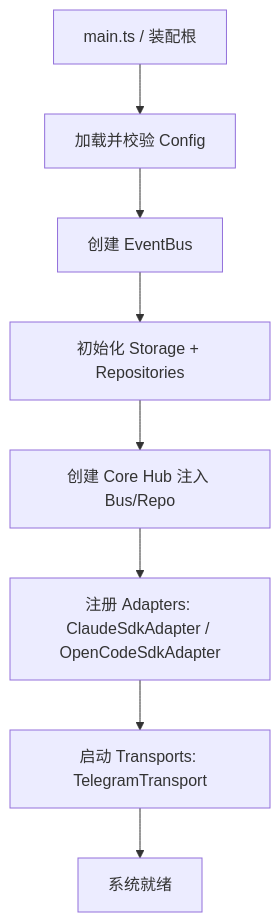
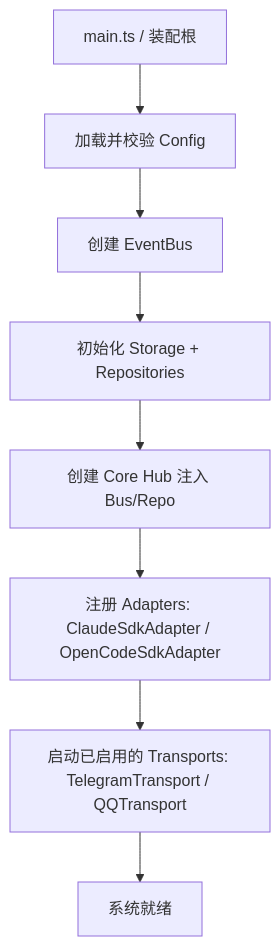
Before and after one commit to ygq-future/ai-cli-hub: diagram 14 of 15 in docs/02-Architecture.md, drawn with Mermaid. The commit also changed other lines of this file and 12 other files, not shown here.

````diff
--- a/docs/02-Architecture.md
+++ b/docs/02-Architecture.md
@@ -614,10 +617,10 @@
 ```mermaid
 flowchart TD
     ENTRY[main.ts / 装配根] --> CFG[加载并校验 Config]
     CFG --> BUS[创建 EventBus]
     BUS --> DB[初始化 Storage + Repositories]
     DB --> CORE[创建 Core Hub 注入 Bus/Repo]
     CORE --> REG[注册 Adapters: ClaudeSdkAdapter / OpenCodeSdkAdapter]
-    REG --> TP[启动 Transports: TelegramTransport]
+    REG --> TP[启动已启用的 Transports: TelegramTransport / QQTransport]
     TP --> READY[系统就绪]
 ```
````
